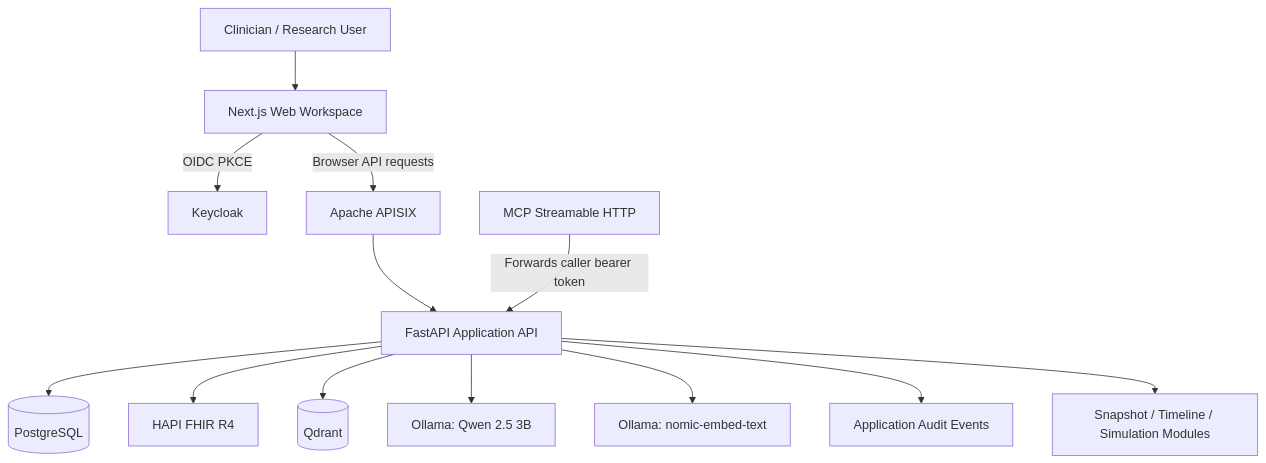
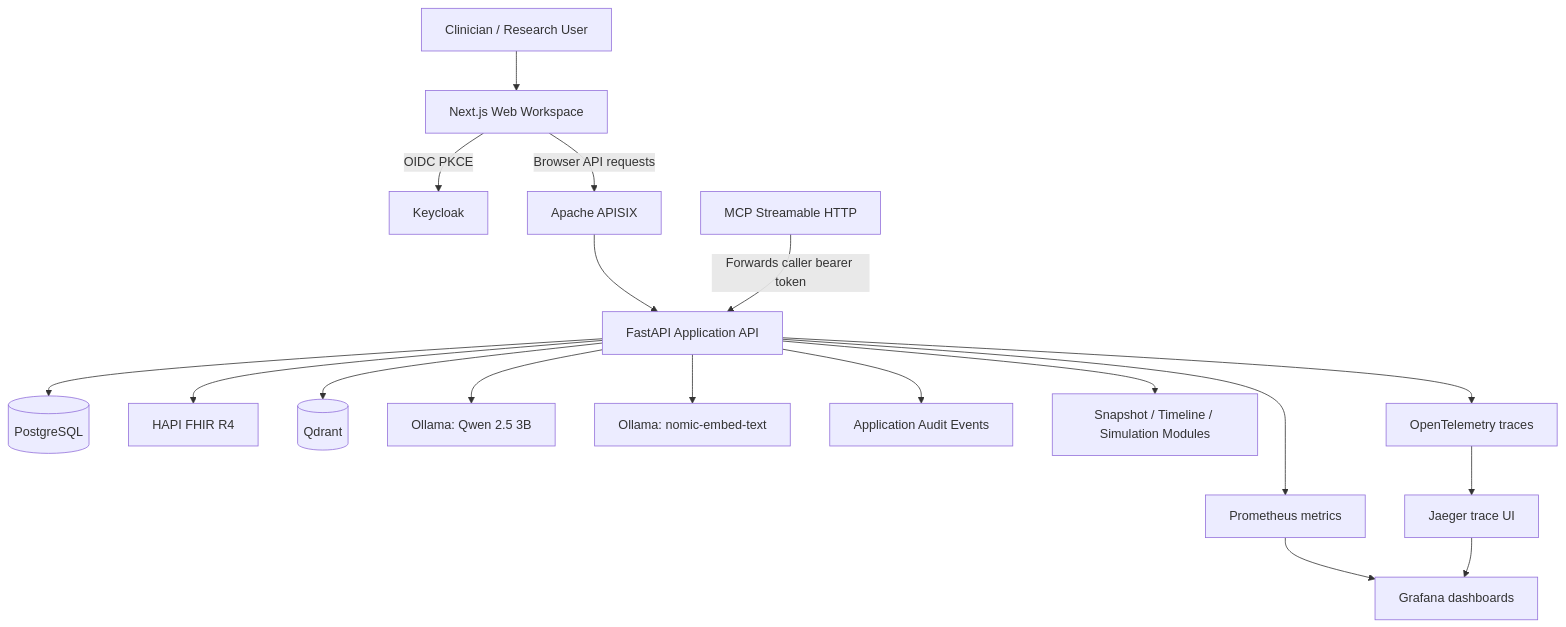
Before and after one commit to roime81/twinfixeno: the first of 2 diagrams in README.md, drawn with Mermaid. The commit also changed other lines of this file, not shown here.

Commit message:
docs(readme): document bundled metrics, Grafana and Jaeger services

````diff
--- a/README.md
+++ b/README.md
@@ -138,15 +138,20 @@
 ```mermaid
 flowchart TB
     U[Clinician / Research User] --> WEB[Next.js Web Workspace]
     WEB -->|OIDC PKCE| IDP[Keycloak]
     WEB -->|Browser API requests| GW[Apache APISIX]
     GW --> API[FastAPI Application API]
     API --> PG[(PostgreSQL)]
     API --> FHIR[HAPI FHIR R4]
     API --> VDB[(Qdrant)]
     API --> LLM[Ollama: Qwen 2.5 3B]
     API --> EMB[Ollama: nomic-embed-text]
     MCP[MCP Streamable HTTP] -->|Forwards caller bearer token| API
     API --> AUDIT[Application Audit Events]
     API --> TWIN[Snapshot / Timeline / Simulation Modules]
+    API --> OTEL[OpenTelemetry traces]
+    API --> PROM[Prometheus metrics]
+    OTEL --> JAEGER[Jaeger trace UI]
+    PROM --> GRAFANA[Grafana dashboards]
+    JAEGER --> GRAFANA
 ```
````
